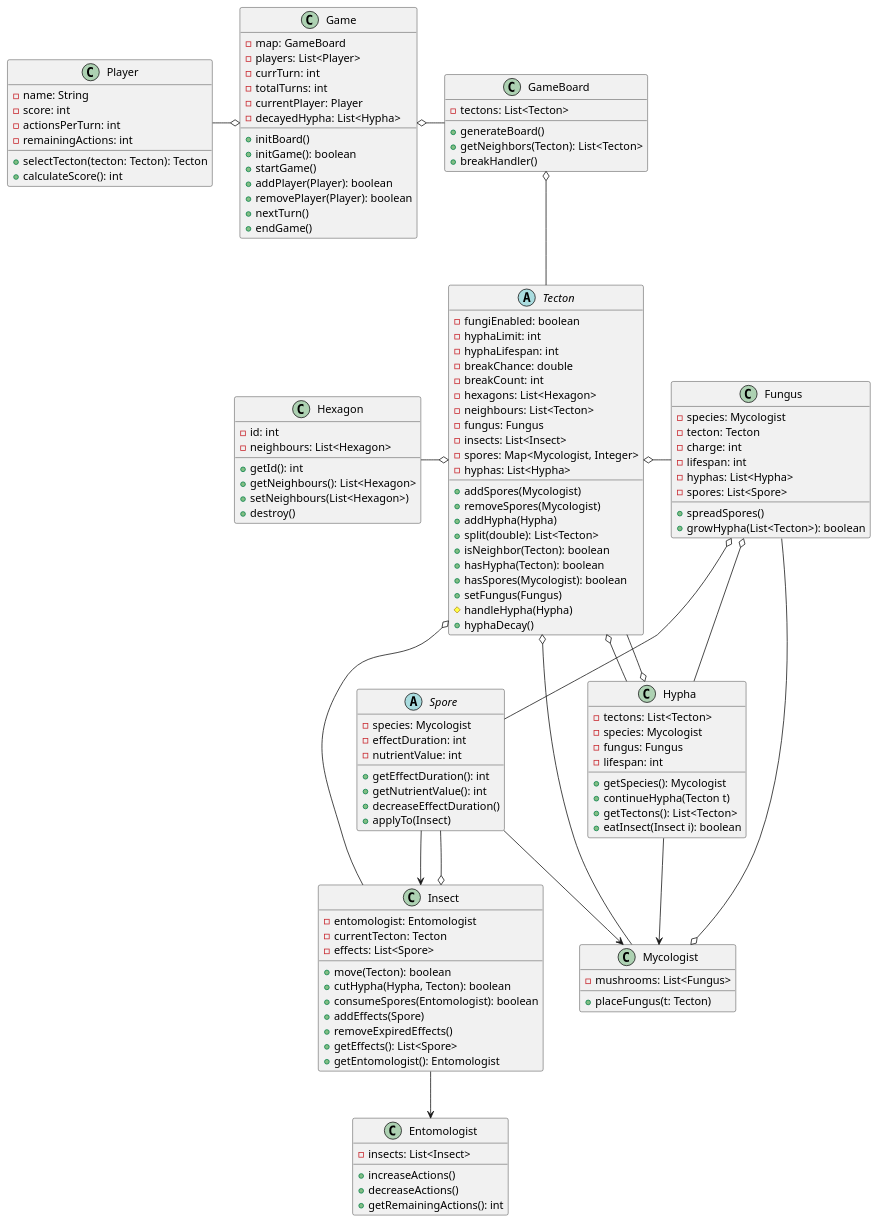
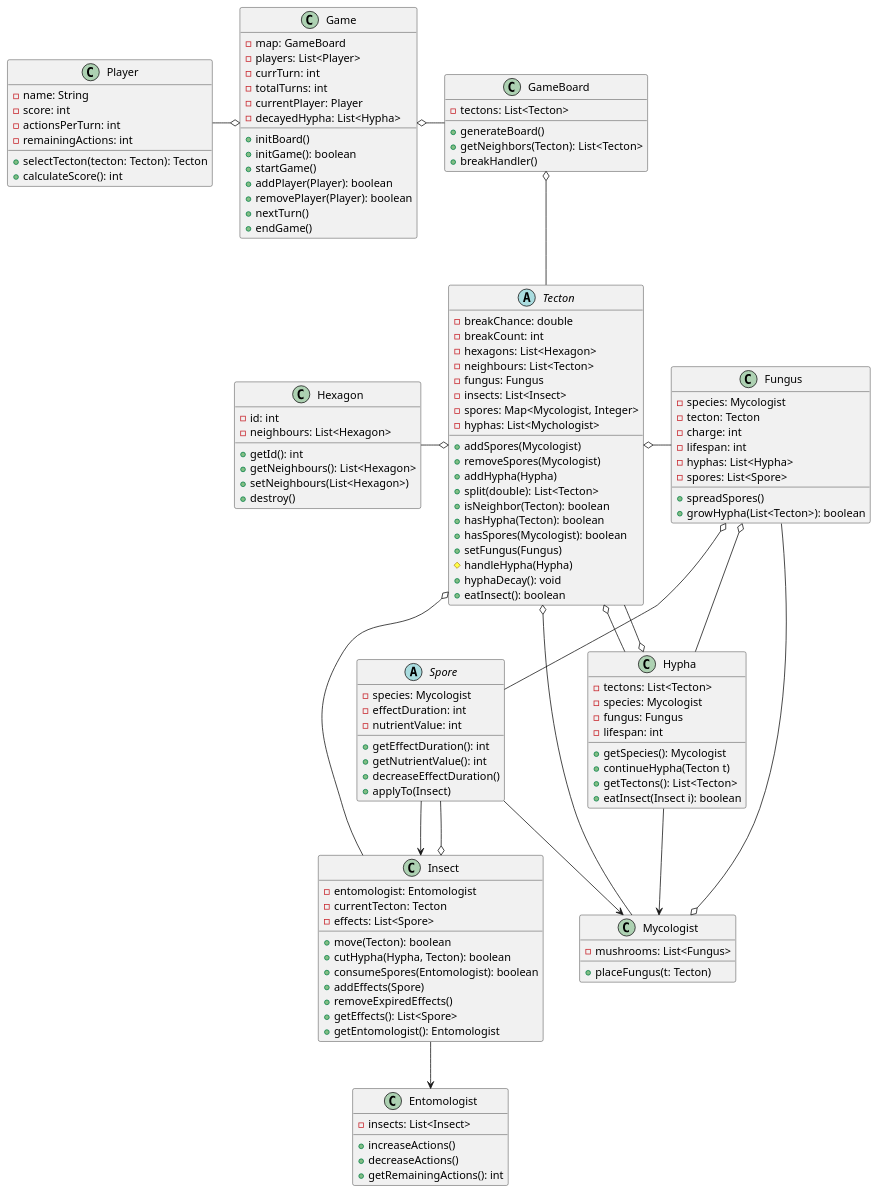
The diagram in docs/Class/classDiag.puml (hujberhunor/SzomiSztegoProjlab), drawn with PlantUML before and after one commit. The commit also changed 7 other files, not shown here.

```diff
--- a/docs/Class/classDiag.puml
+++ b/docs/Class/classDiag.puml
@@ -1,152 +1,150 @@
 @startuml
 
 ' NEM SZEREPELNEK BENNE A LESZÁRMAZOTTAK HOGY ÁTLÁTHATÓBB LEGYEN '
 ' --> : használja, de nem tartalmazza '
 ' ===== Alap játékosok és szereplők =====
 class Player {
     - name: String
     - score: int
     - actionsPerTurn: int
     - remainingActions: int
     + selectTecton(tecton: Tecton): Tecton
     + calculateScore(): int
 }
 
 class Entomologist {
     - insects: List<Insect>
     + increaseActions()
     + decreaseActions()
     + getRemainingActions(): int
 }
 
 class Mycologist {
     - mushrooms: List<Fungus>
     + placeFungus(t: Tecton)
 }
 
 ' ===== Térképelemek és logika =====
 abstract class Tecton {
-    - fungiEnabled: boolean
-    - hyphaLimit: int
-    - hyphaLifespan: int
     - breakChance: double
     - breakCount: int
     - hexagons: List<Hexagon>
     - neighbours: List<Tecton>
     - fungus: Fungus
     - insects: List<Insect>
     - spores: Map<Mycologist, Integer>
-    - hyphas: List<Hypha>
+    - hyphas: List<Mychologist>
     + addSpores(Mycologist)
     + removeSpores(Mycologist)
     + addHypha(Hypha)
     + split(double): List<Tecton>
     + isNeighbor(Tecton): boolean
     + hasHypha(Tecton): boolean
     + hasSpores(Mycologist): boolean
     + setFungus(Fungus)
     # handleHypha(Hypha)
-    + hyphaDecay()
+    + hyphaDecay(): void
+    + eatInsect(): boolean
 }
 
 class Hexagon {
     - id: int
     - neighbours: List<Hexagon>
     + getId(): int
     + getNeighbours(): List<Hexagon>
     + setNeighbours(List<Hexagon>)
     + destroy()
 }
 
 class Hypha {
     - tectons: List<Tecton>
     - species: Mycologist
     - fungus: Fungus
     - lifespan: int 
     + getSpecies(): Mycologist
     + continueHypha(Tecton t)
     + getTectons(): List<Tecton>
     + eatInsect(Insect i): boolean
 }
 
 class Fungus {
     - species: Mycologist
     - tecton: Tecton
     - charge: int
     - lifespan: int
     - hyphas: List<Hypha>
     - spores: List<Spore>
     + spreadSpores()
     + growHypha(List<Tecton>): boolean
 }
 
 ' ===== Spórák és hatásaik =====
 abstract class Spore {
     - species: Mycologist
     - effectDuration: int
     - nutrientValue: int
     + getEffectDuration(): int
     + getNutrientValue(): int
     + decreaseEffectDuration()
     + applyTo(Insect)
 }
 
 ' ===== Insect logika =====
 class Insect {
     - entomologist: Entomologist
     - currentTecton: Tecton
     - effects: List<Spore>
     + move(Tecton): boolean
     + cutHypha(Hypha, Tecton): boolean
     + consumeSpores(Entomologist): boolean
     + addEffects(Spore)
     + removeExpiredEffects()
     + getEffects(): List<Spore>
     + getEntomologist(): Entomologist
 }
 
 ' ===== Game engine =====
 class GameBoard {
     - tectons: List<Tecton>
     + generateBoard()
     + getNeighbors(Tecton): List<Tecton>
     + breakHandler()
 }
 
 class Game {
     - map: GameBoard
     - players: List<Player>
     - currTurn: int
     - totalTurns: int
     - currentPlayer: Player
     - decayedHypha: List<Hypha>
     + initBoard()
     + initGame(): boolean
     + startGame()
     + addPlayer(Player): boolean
     + removePlayer(Player): boolean
     + nextTurn()
     + endGame()
 }
 
 ' ===== Kapcsolatok =====
 Game o-r- GameBoard
 Game o-l- Player
 GameBoard o-- Tecton
 Tecton o-l- Hexagon
 Tecton o-- Hypha
 Tecton o-- Insect
 Tecton o-r- Fungus
 Tecton o-- Mycologist
 Insect o-- Spore
 Insect --> Entomologist
 Mycologist o-- Fungus
 Fungus o-- Hypha
 Fungus o-- Spore
 Spore --> Insect
 Spore --> Mycologist
 Hypha o-- Tecton
 Hypha --> Mycologist
 
 
 @enduml
```
